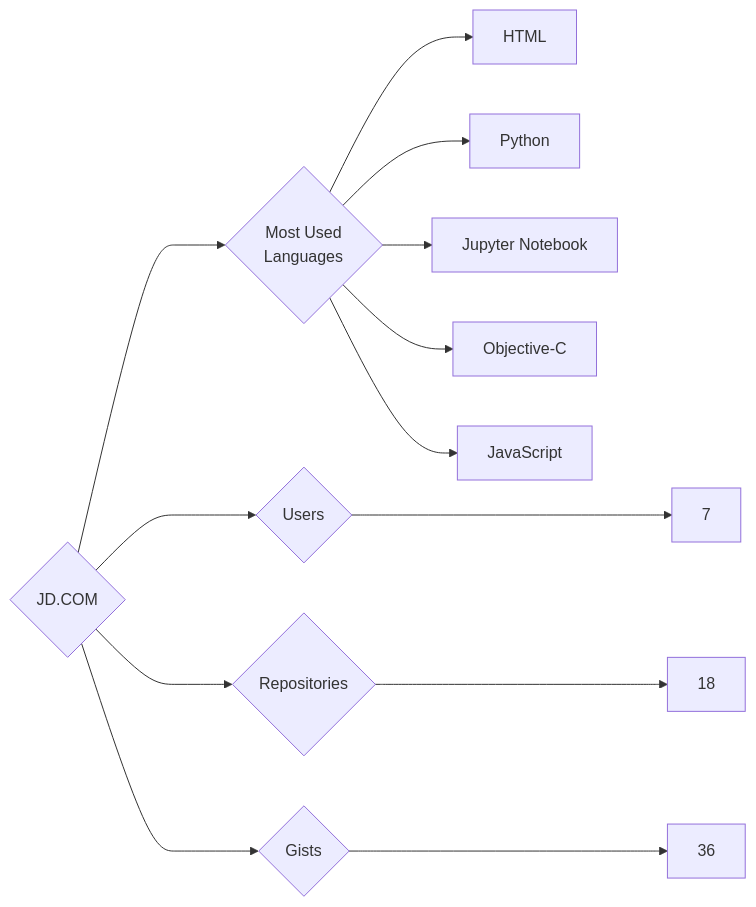
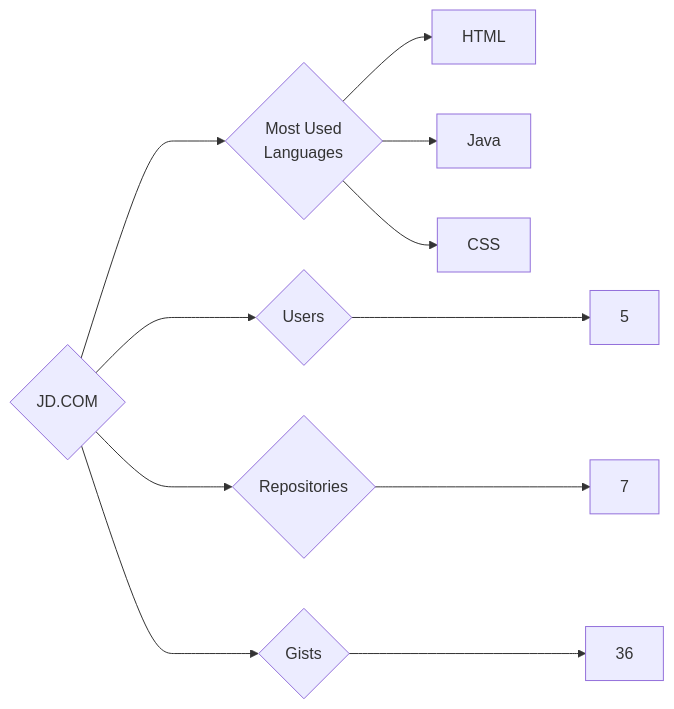
Before and after one commit to trickest/insiders: the diagram in targets/JD.COM/README.md, drawn with Mermaid. The commit also changed 681 other files, not shown here.

````diff
--- a/targets/JD.COM/README.md
+++ b/targets/JD.COM/README.md
@@ -3,13 +3,11 @@
 ```mermaid
 graph LR
 COMPANY_NAME{JD.COM}
-COMPANY_NAME ---> U{Users} ---> UN[7]
-COMPANY_NAME ---> R{Repositories} ---> RN[18]
+COMPANY_NAME ---> U{Users} ---> UN[5]
+COMPANY_NAME ---> R{Repositories} ---> RN[7]
 COMPANY_NAME ---> G{Gists} ---> GN[36]
 COMPANY_NAME ---> ML{Most Used<br>Languages}
 ML --> HTML[HTML]
-ML --> Python[Python]
-ML --> Jupyter_Notebook[Jupyter Notebook]
-ML --> Objective-C[Objective-C]
-ML --> JavaScript[JavaScript]
+ML --> Java[Java]
+ML --> CSS[CSS]
 ```
````
